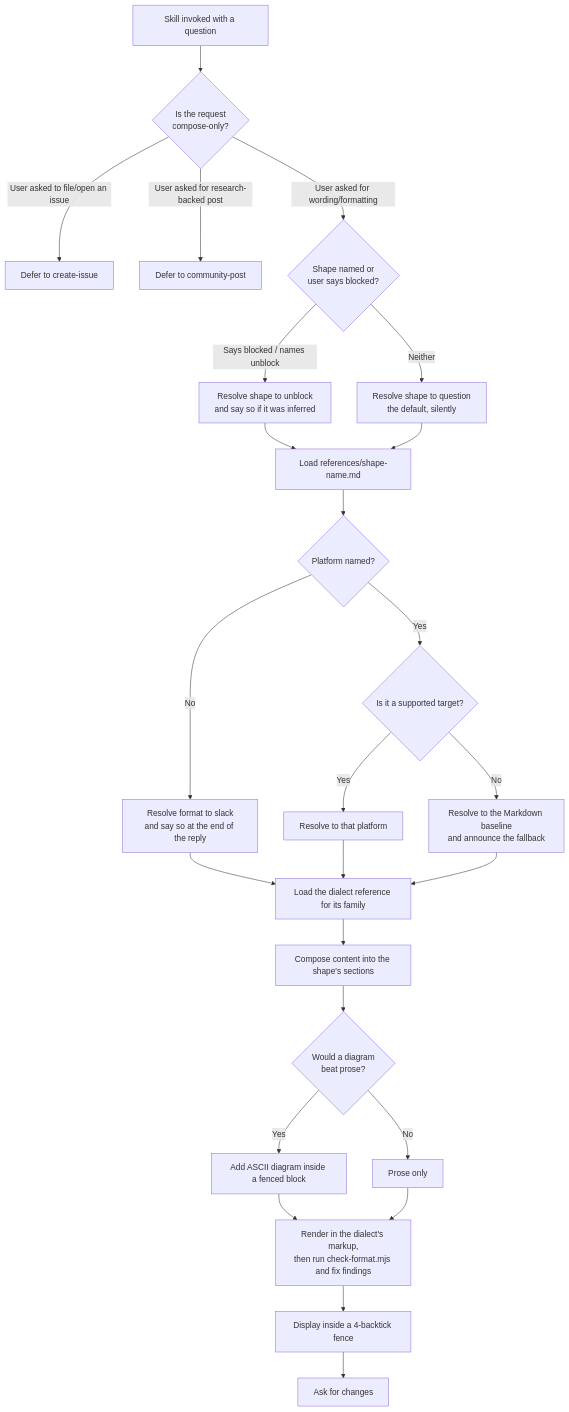
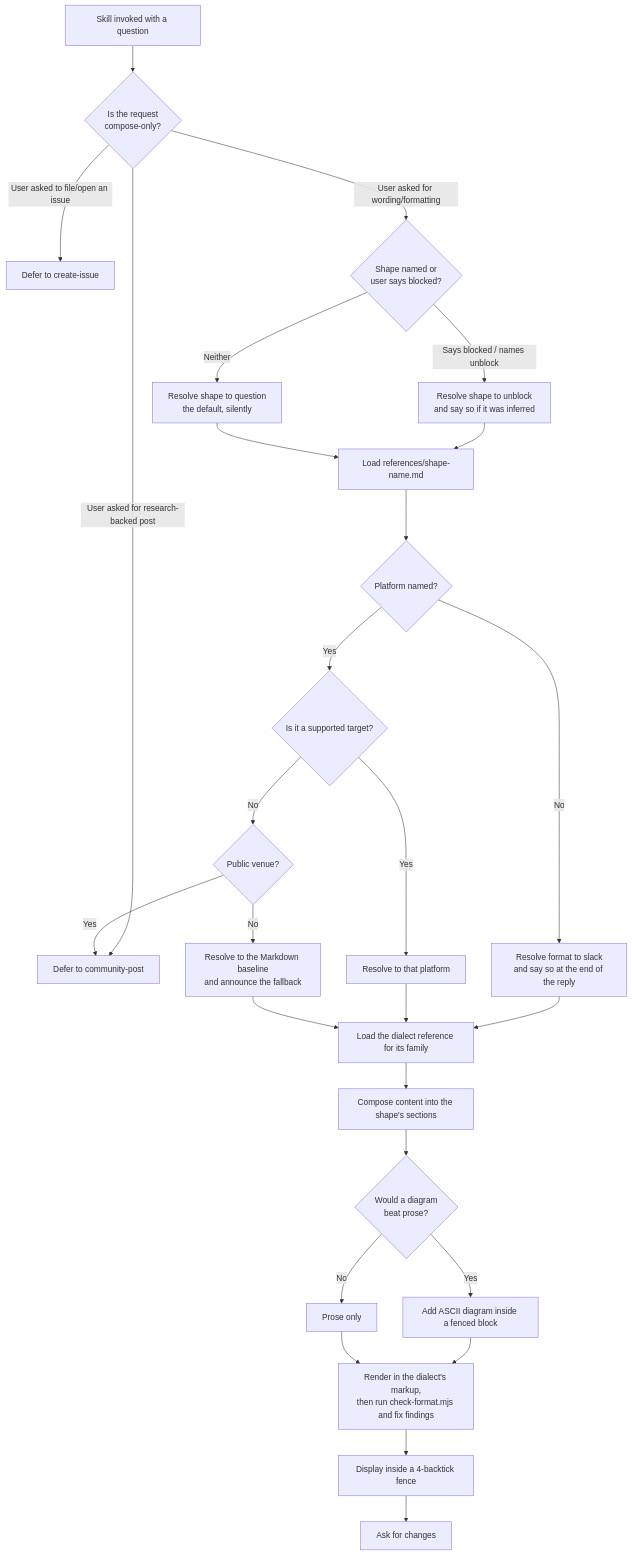
Before and after one commit to repobuddy/repobuddy: the first of 2 diagrams in .agents/spec/agent-skills/to-question/README.md, drawn with Mermaid. The commit also changed other lines of this file and 6 other files, not shown here.

````diff
--- a/.agents/spec/agent-skills/to-question/README.md
+++ b/.agents/spec/agent-skills/to-question/README.md
@@ -197,27 +212,29 @@
 ```mermaid
 graph TD
     A[Skill invoked with a question] --> B{Is the request<br/>compose-only?}
     B -->|User asked to file/open an issue| C[Defer to create-issue]
     B -->|User asked for research-backed post| D[Defer to community-post]
     B -->|User asked for wording/formatting| S1{Shape named or<br/>user says blocked?}
     S1 -->|Says blocked / names unblock| S2[Resolve shape to unblock<br/>and say so if it was inferred]
     S1 -->|Neither| S3[Resolve shape to question<br/>the default, silently]
     S2 --> S4[Load references/shape-name.md]
     S3 --> S4
     S4 --> E{Platform named?}
     E -->|No| F[Resolve format to slack<br/>and say so at the end of the reply]
     E -->|Yes| G{Is it a supported target?}
     G -->|Yes| G1[Resolve to that platform]
-    G -->|No| G2[Resolve to the Markdown baseline<br/>and announce the fallback]
+    G -->|No| G0{Public venue?}
+    G0 -->|Yes| D
+    G0 -->|No| G2[Resolve to the Markdown baseline<br/>and announce the fallback]
     F --> H[Load the dialect reference for its family]
     G1 --> H
     G2 --> H
     H --> I[Compose content into the shape's sections]
     I --> J{Would a diagram<br/>beat prose?}
     J -->|Yes| K[Add ASCII diagram inside a fenced block]
     J -->|No| L[Prose only]
     K --> M[Render in the dialect's markup,<br/>then run check-format.mjs and fix findings]
     L --> M
     M --> N[Display inside a 4-backtick fence]
     N --> O[Ask for changes]
 ```
````
